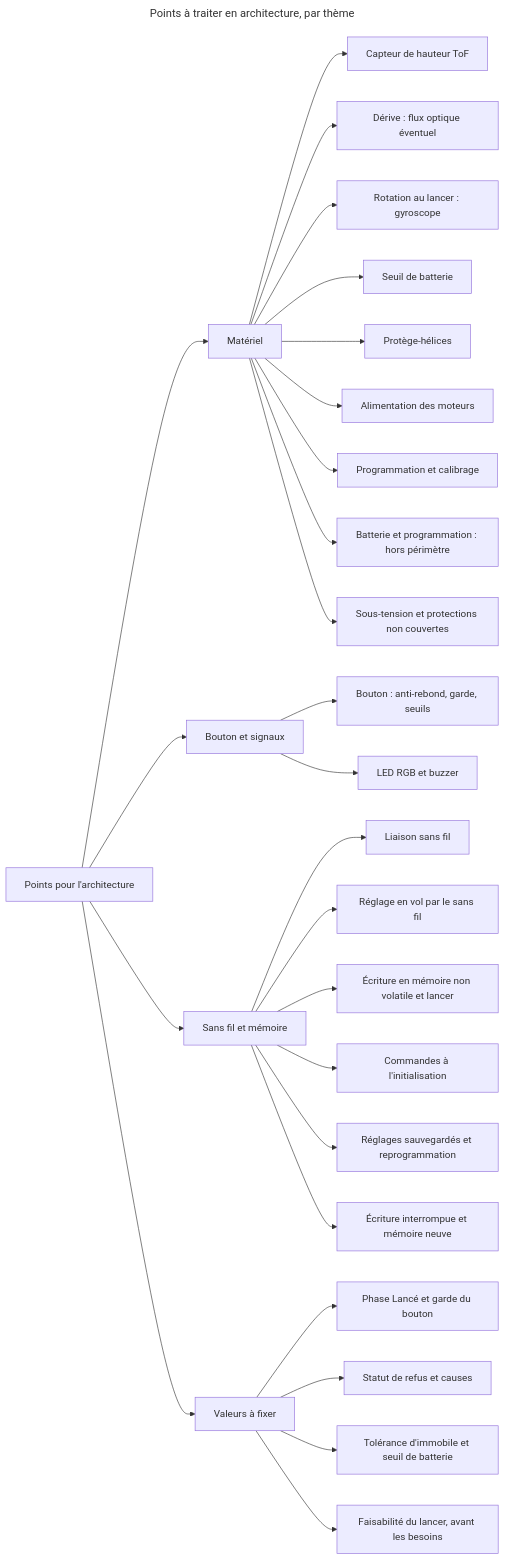
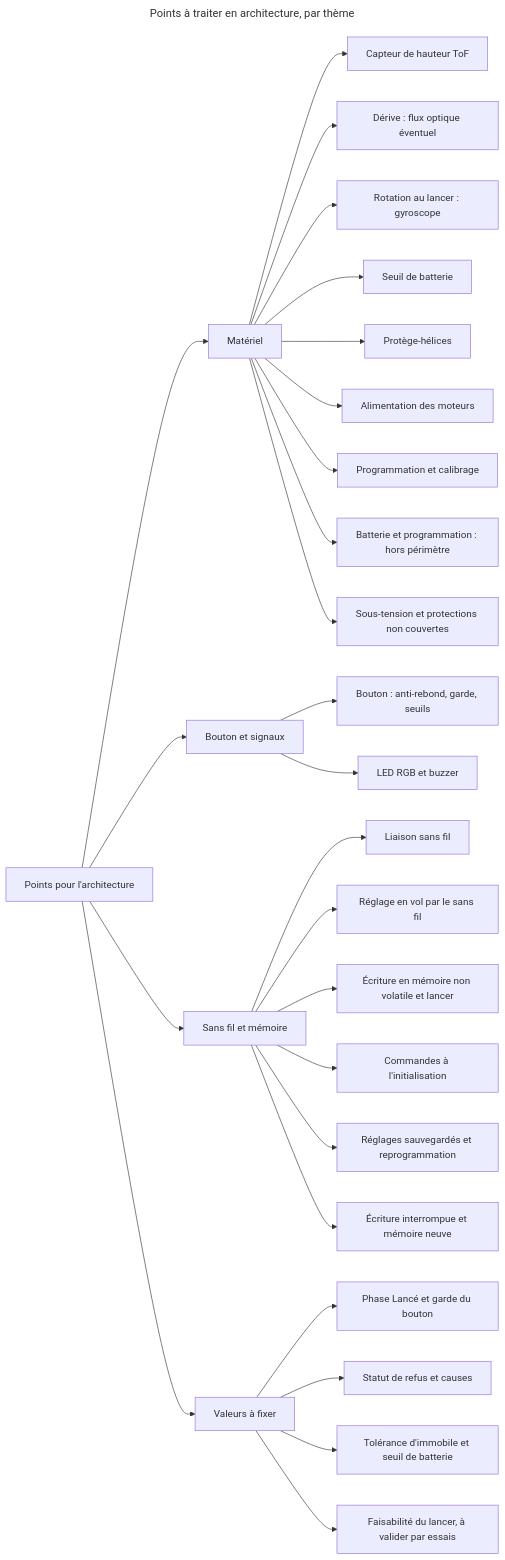
Before and after one commit to thourymatthieu-png/coworker_archi_system: the diagram in projets/boomrone/notes-architecture.md, drawn with Mermaid. The commit also changed other lines of this file and 6 other files, not shown here.

````diff
--- a/projets/boomrone/notes-architecture.md
+++ b/projets/boomrone/notes-architecture.md
@@ -5,31 +5,31 @@
 ```mermaid
 ---
 title: "Points à traiter en architecture, par thème"
 ---
 flowchart LR
     N["Points pour l'architecture"] --> M["Matériel"]
     N --> B["Bouton et signaux"]
     N --> S["Sans fil et mémoire"]
     N --> V["Valeurs à fixer"]
     M --> M1["Capteur de hauteur ToF"]
     M --> M2["Dérive : flux optique éventuel"]
     M --> M3["Rotation au lancer : gyroscope"]
     M --> M4["Seuil de batterie"]
     M --> M5["Protège-hélices"]
     M --> M6["Alimentation des moteurs"]
     M --> M7["Programmation et calibrage"]
     M --> M8["Batterie et programmation : hors périmètre"]
     M --> M9["Sous-tension et protections non couvertes"]
     B --> B1["Bouton : anti-rebond, garde, seuils"]
     B --> B2["LED RGB et buzzer"]
     S --> S1["Liaison sans fil"]
     S --> S2["Réglage en vol par le sans fil"]
     S --> S3["Écriture en mémoire non volatile et lancer"]
     S --> S4["Commandes à l'initialisation"]
     S --> S5["Réglages sauvegardés et reprogrammation"]
     S --> S6["Écriture interrompue et mémoire neuve"]
     V --> V1["Phase Lancé et garde du bouton"]
     V --> V2["Statut de refus et causes"]
     V --> V3["Tolérance d'immobile et seuil de batterie"]
-    V --> V4["Faisabilité du lancer, avant les besoins"]
+    V --> V4["Faisabilité du lancer, à valider par essais"]
 ```
````
